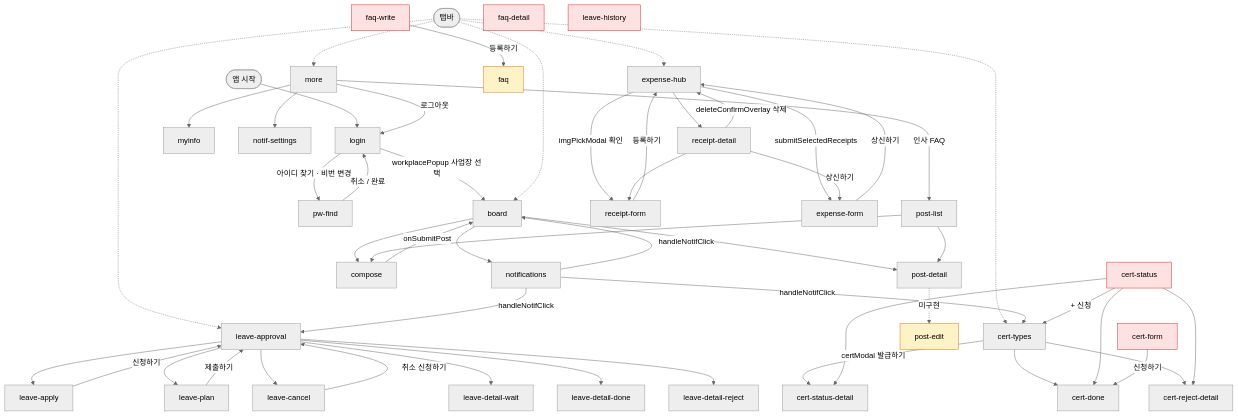
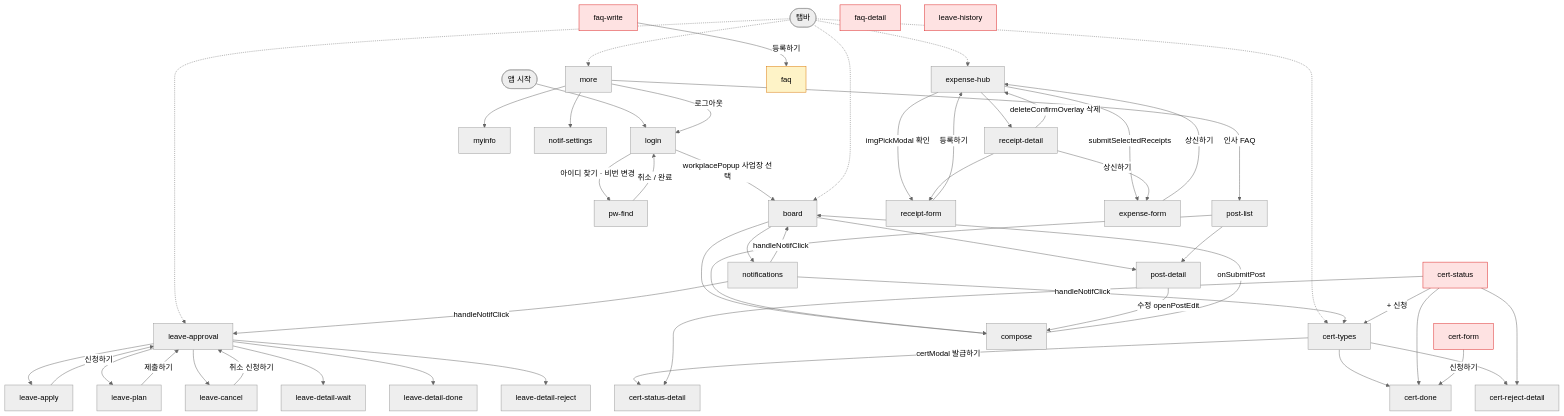
The first of 2 diagrams in MY인사/Mobile/퍼블리싱/mobile/rules/rules_FLOWMAP.md (choisy041001-jpg/mine_sy), drawn with Mermaid (neutral theme) before and after one commit. The commit also changed other lines of this file and 21 other files, not shown here.

```diff
--- a/MY인사/Mobile/퍼블리싱/mobile/rules/rules_FLOWMAP.md
+++ b/MY인사/Mobile/퍼블리싱/mobile/rules/rules_FLOWMAP.md
@@ -264,7 +265,7 @@
     post-list --> compose
     compose -->|onSubmitPost| board
     %% overlay: boardFilterSheet / postActionSheet / postDeleteConfirmOverlay
-    post-detail -.->|미구현| post-edit
+    post-detail -->|수정 openPostEdit| compose
 
     %% ── 더보기 ───────────────────────────────────────────
     more --> myinfo
@@ -317,7 +318,6 @@
     faq-write -->|등록하기| faq
 
     %% ── 스타일 ───────────────────────────────────────────
-    style post-edit fill:#fef3c7,stroke:#d97706
     style faq fill:#fef3c7,stroke:#d97706
     style faq-write fill:#fee2e2,stroke:#dc2626
     style faq-detail fill:#fee2e2,stroke:#dc2626
```
